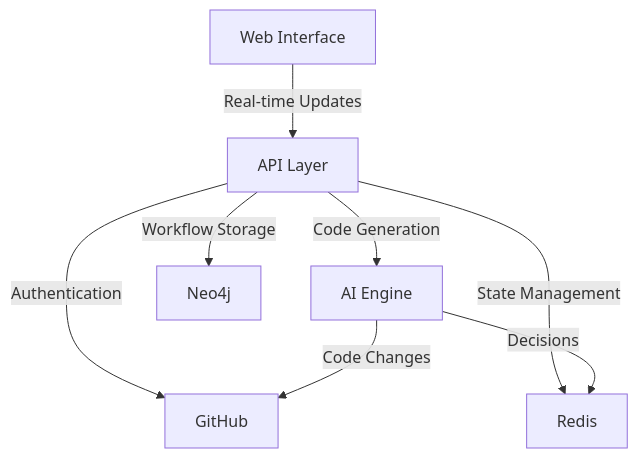
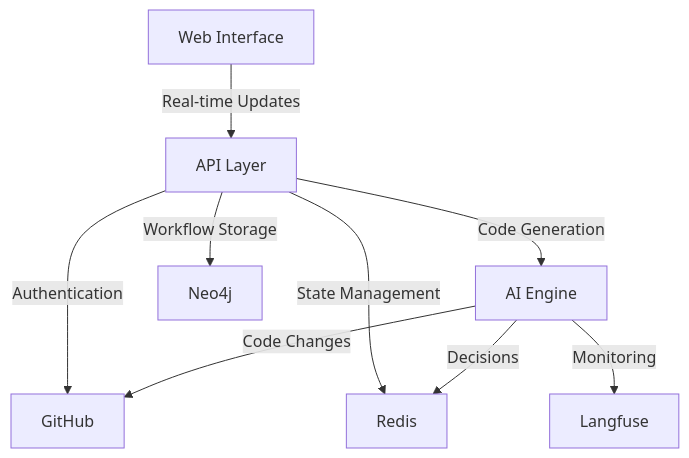
The diagram in docs/guides/architecture.md (youngchingjui/issue-to-pr), drawn with Mermaid before and after one commit. The commit also changed other lines of this file and 2 other files, not shown here.

First line of the commit message:
Integrate Langfuse for AI Observability and update documentation

````diff
--- a/docs/guides/architecture.md
+++ b/docs/guides/architecture.md
@@ -42,10 +50,11 @@
 ```mermaid
 graph TD
     A[Web Interface] -->|Real-time Updates| B[API Layer]
     B -->|Authentication| C[GitHub]
     B -->|Code Generation| D[AI Engine]
     B -->|State Management| E[Redis]
     B -->|Workflow Storage| F[Neo4j]
     D -->|Decisions| E
     D -->|Code Changes| C
+    D -->|Monitoring| G[Langfuse]
 ```
````
